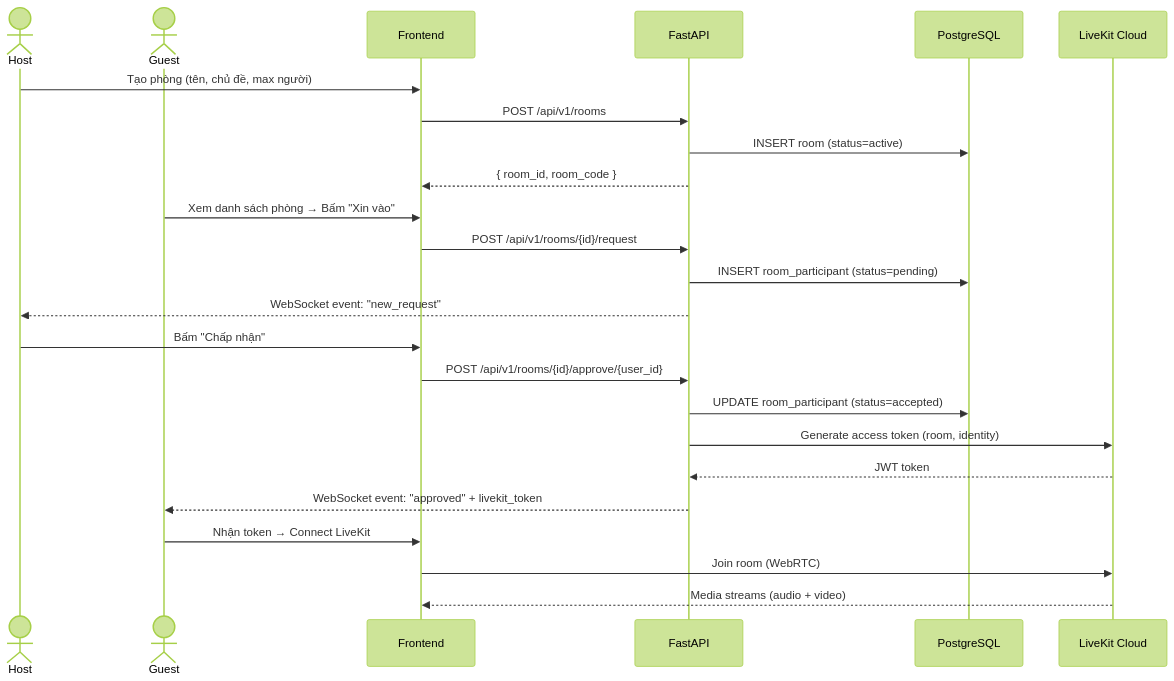
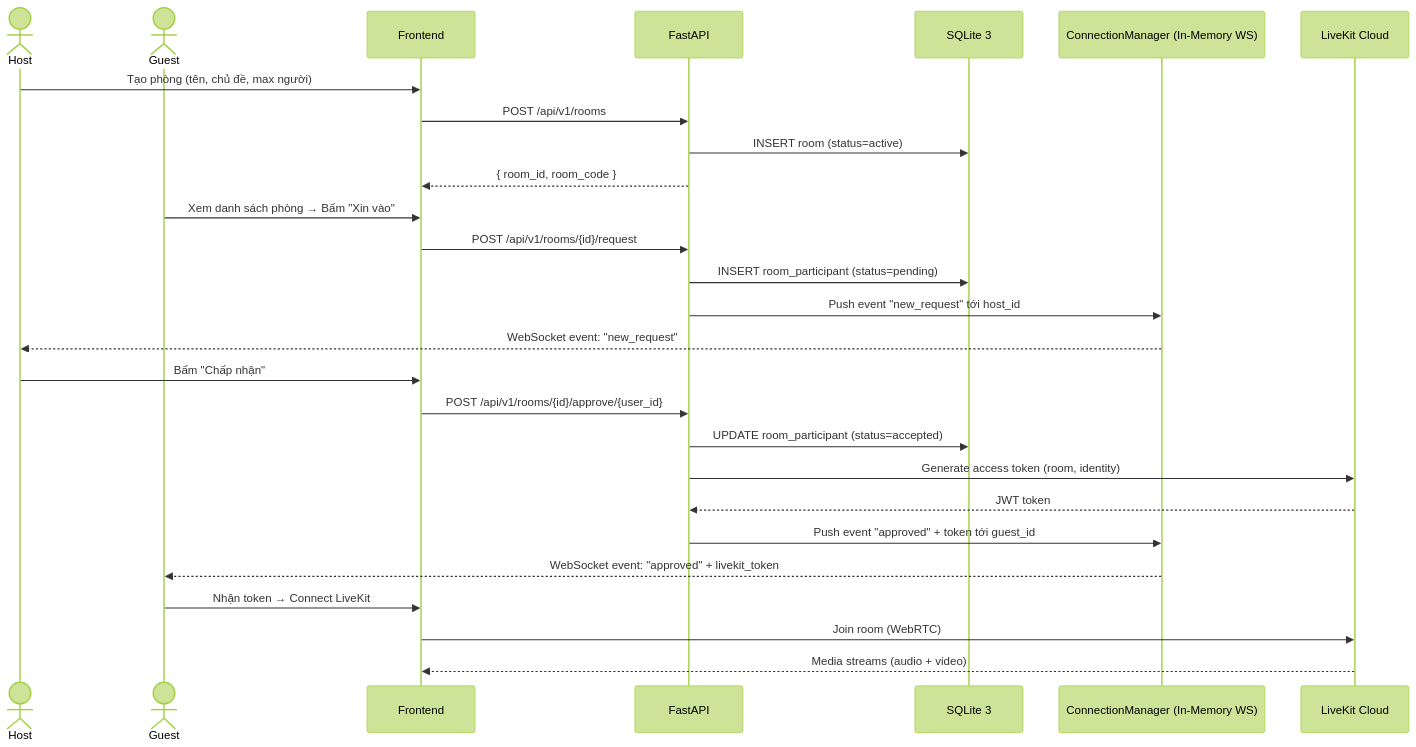
Before and after one commit to TIN314-Nhom10/forfriend: the fourth of 6 diagrams in docs/01-architecture.md, drawn with Mermaid (forest theme). The commit also changed other lines of this file and 15 other files, not shown here.

````diff
--- a/docs/01-architecture.md
+++ b/docs/01-architecture.md
@@ -94,30 +99,33 @@
 ```mermaid
 sequenceDiagram
     actor Host as Host
     actor Guest as Guest
     participant FE as Frontend
     participant BE as FastAPI
-    participant DB as PostgreSQL
+    participant DB as SQLite 3
+    participant CM as ConnectionManager (In-Memory WS)
     participant LK as LiveKit Cloud
 
     Host->>FE: Tạo phòng (tên, chủ đề, max người)
     FE->>BE: POST /api/v1/rooms
     BE->>DB: INSERT room (status=active)
     BE-->>FE: { room_id, room_code }
 
     Guest->>FE: Xem danh sách phòng → Bấm "Xin vào"
     FE->>BE: POST /api/v1/rooms/{id}/request
     BE->>DB: INSERT room_participant (status=pending)
-    BE-->>Host: WebSocket event: "new_request"
+    BE->>CM: Push event "new_request" tới host_id
+    CM-->>Host: WebSocket event: "new_request"
 
     Host->>FE: Bấm "Chấp nhận"
     FE->>BE: POST /api/v1/rooms/{id}/approve/{user_id}
     BE->>DB: UPDATE room_participant (status=accepted)
     BE->>LK: Generate access token (room, identity)
     LK-->>BE: JWT token
-    BE-->>Guest: WebSocket event: "approved" + livekit_token
+    BE->>CM: Push event "approved" + token tới guest_id
+    CM-->>Guest: WebSocket event: "approved" + livekit_token
 
     Guest->>FE: Nhận token → Connect LiveKit
     FE->>LK: Join room (WebRTC)
     LK-->>FE: Media streams (audio + video)
 ```
````
